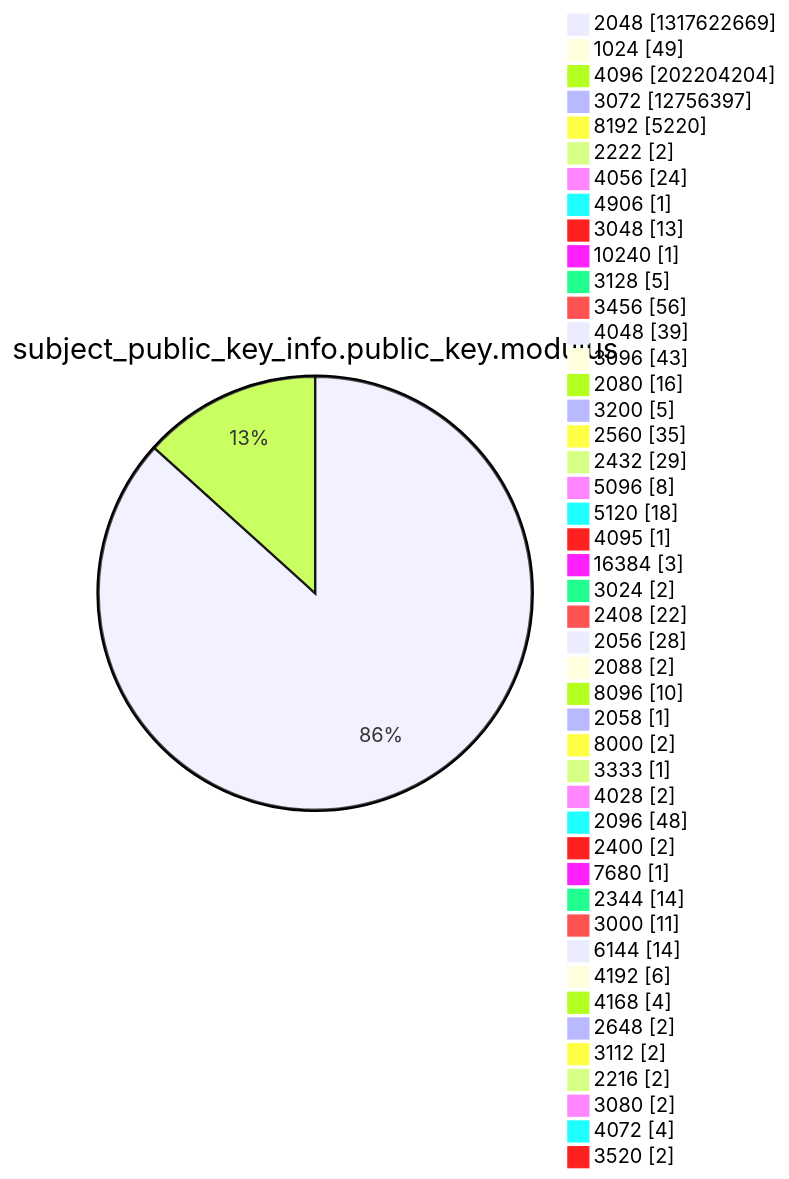
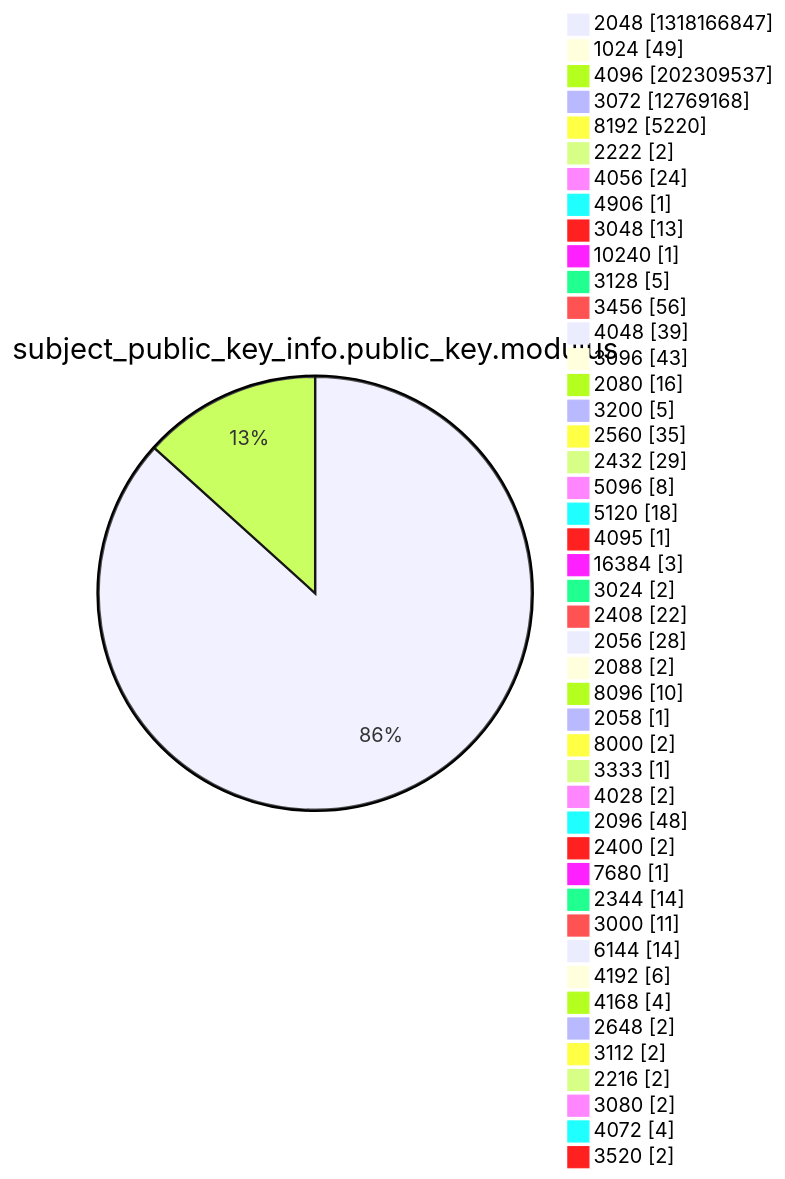
One commit to christiankrug/ctmonitor_visualization changed diagram 13 of 15 in xenon2022/README.md. Above: the diagram before and after it, drawn with Mermaid. The commit also changed other lines of this file, not shown here.

````diff
--- a/xenon2022/README.md
+++ b/xenon2022/README.md
@@ -3924,49 +3924,49 @@
 ```mermaid
 pie showData
 title subject_public_key_info.public_key.modulus
-"2048" :1317622669
+"2048" :1318166847
 "1024" :49
-"4096" :202204204
-"3072" :12756397
+"4096" :202309537
+"3072" :12769168
 "8192" :5220
 "2222" :2
 "4056" :24
 "4906" :1
 "3048" :13
 "10240" :1
 "3128" :5
 "3456" :56
 "4048" :39
 "3096" :43
 "2080" :16
 "3200" :5
 "2560" :35
 "2432" :29
 "5096" :8
 "5120" :18
 "4095" :1
 "16384" :3
 "3024" :2
 "2408" :22
 "2056" :28
 "2088" :2
 "8096" :10
 "2058" :1
 "8000" :2
 "3333" :1
 "4028" :2
 "2096" :48
 "2400" :2
 "7680" :1
 "2344" :14
 "3000" :11
 "6144" :14
 "4192" :6
 "4168" :4
 "2648" :2
 "3112" :2
 "2216" :2
 "3080" :2
 "4072" :4
 "3520" :2
 ```
````
